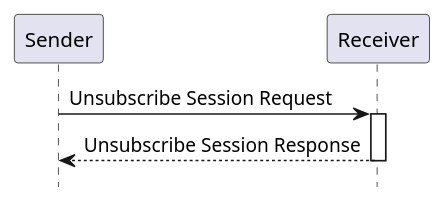
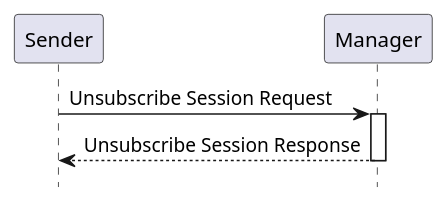
One commit to IHE/RAD.IRA changed the diagram in input/images-source/rad-x7-seq.plantuml. Above: the diagram before and after it, drawn with PlantUML.

Commit message:
Changed Receiver to Manager.

```diff
--- a/input/images-source/rad-x7-seq.plantuml
+++ b/input/images-source/rad-x7-seq.plantuml
@@ -1,13 +1,13 @@
 @startuml
 
 hide footbox
 
 participant "Sender" as Sender
-participant "Receiver" as Receiver
+participant "Manager" as Manager
 
-Sender->Receiver: Unsubscribe Session Request
-activate Receiver
-Receiver-->Sender: Unsubscribe Session Response
-deactivate Receiver
+Sender->Manager: Unsubscribe Session Request
+activate Manager
+Manager-->Sender: Unsubscribe Session Response
+deactivate Manager
 
 @enduml
```
